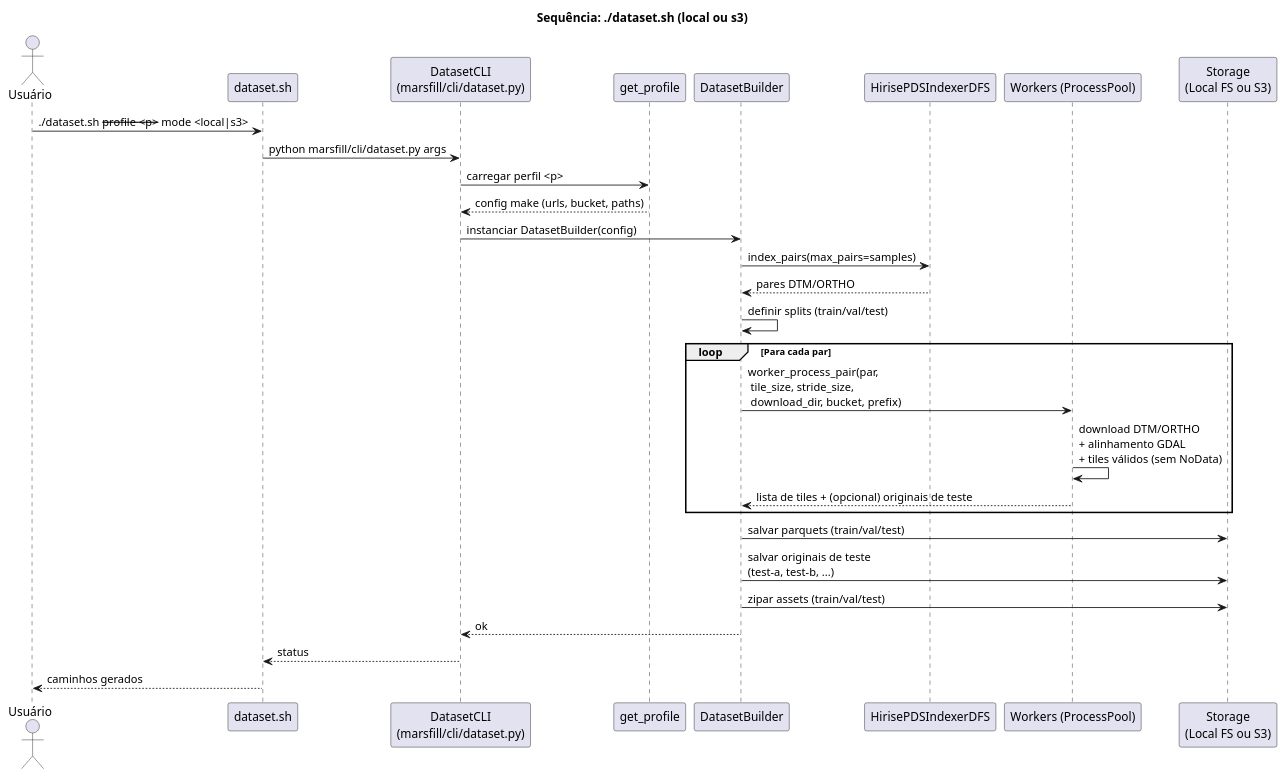
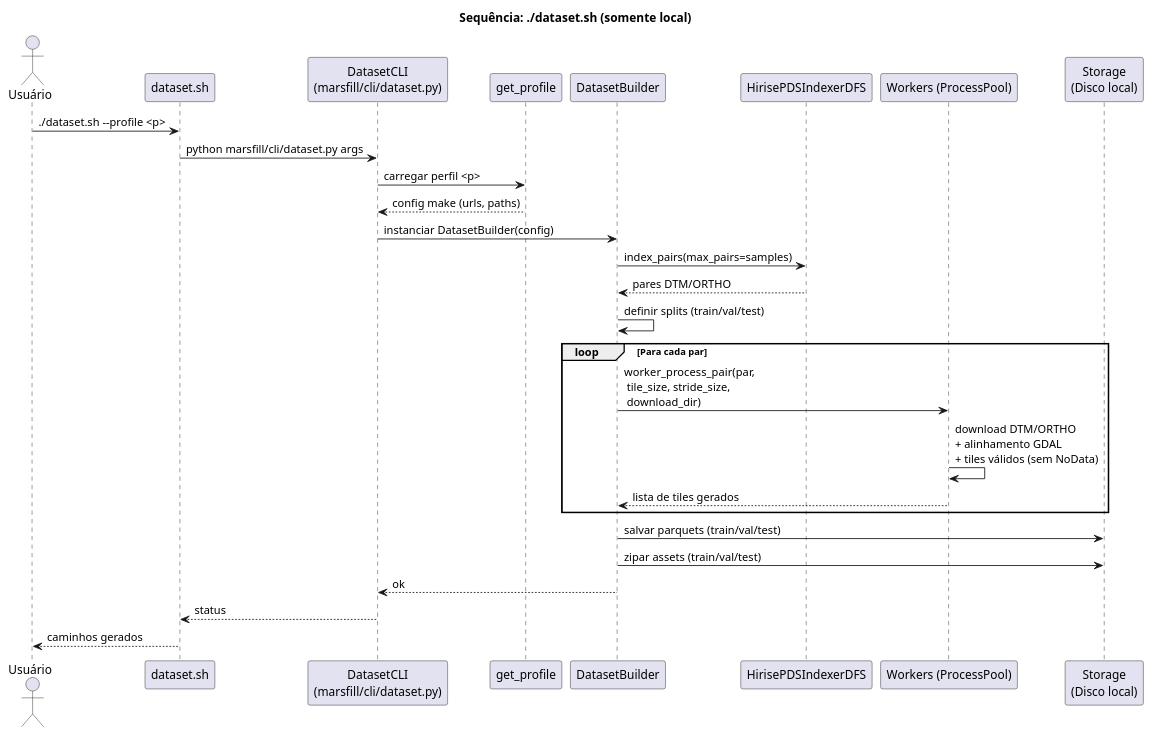
The diagram in docs/diagrams/dataset_sequence.puml (b-holanda/HiRISE-DTM-FILL), drawn with PlantUML before and after one commit. The commit also changed 9 other files, not shown here.

Commit message:
feat: Update dataset generation to operate exclusively in local mode; remove S3 support from CLI and DatasetBuilder

```diff
--- a/docs/diagrams/dataset_sequence.puml
+++ b/docs/diagrams/dataset_sequence.puml
@@ -1,33 +1,32 @@
 @startuml DatasetPipeline
-title Sequência: ./dataset.sh (local ou s3)
+title Sequência: ./dataset.sh (somente local)
 
 actor Usuário
 participant "dataset.sh" as Shell
 participant "DatasetCLI\n(marsfill/cli/dataset.py)" as CLI
 participant "get_profile" as Profile
 participant "DatasetBuilder" as Builder
 participant "HirisePDSIndexerDFS" as Indexer
 participant "Workers (ProcessPool)" as Workers
-participant "Storage\n(Local FS ou S3)" as Storage
+participant "Storage\n(Disco local)" as Storage
 
-Usuário -> Shell: ./dataset.sh --profile <p> --mode <local|s3>
+Usuário -> Shell: ./dataset.sh --profile <p>
 Shell -> CLI: python marsfill/cli/dataset.py args
 CLI -> Profile: carregar perfil <p>
-Profile --> CLI: config make (urls, bucket, paths)
+Profile --> CLI: config make (urls, paths)
 CLI -> Builder: instanciar DatasetBuilder(config)
 Builder -> Indexer: index_pairs(max_pairs=samples)
 Indexer --> Builder: pares DTM/ORTHO
 Builder -> Builder: definir splits (train/val/test)
 loop Para cada par
-  Builder -> Workers: worker_process_pair(par,\n tile_size, stride_size,\n download_dir, bucket, prefix)
+  Builder -> Workers: worker_process_pair(par,\n tile_size, stride_size,\n download_dir)
   Workers -> Workers: download DTM/ORTHO\n+ alinhamento GDAL\n+ tiles válidos (sem NoData)
-  Workers --> Builder: lista de tiles + (opcional) originais de teste
+  Workers --> Builder: lista de tiles gerados
 end
 Builder -> Storage: salvar parquets (train/val/test)
-Builder -> Storage: salvar originais de teste\n(test-a, test-b, ...)
 Builder -> Storage: zipar assets (train/val/test)
 Builder --> CLI: ok
 CLI --> Shell: status
 Shell --> Usuário: caminhos gerados
 
 @enduml
```
